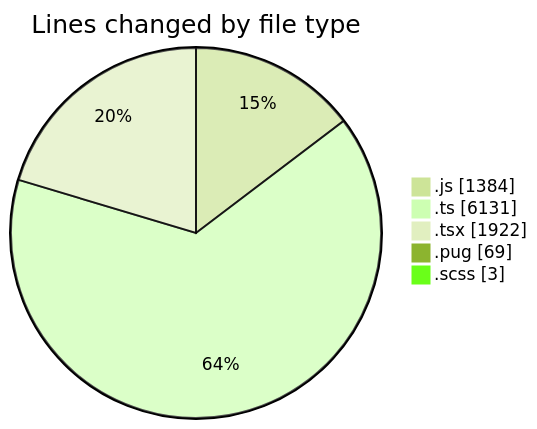
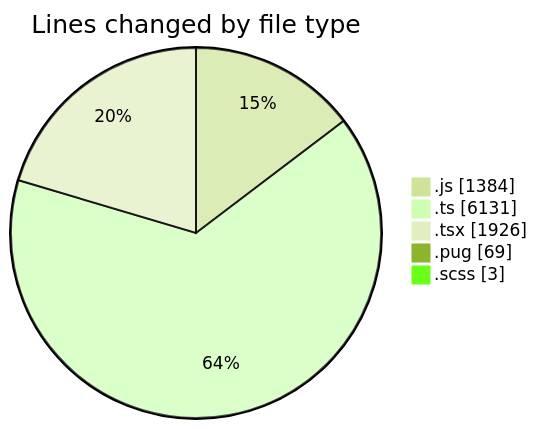
One commit to momahboobian/code-tracking changed the first of 2 diagrams in 2025-03-25/cda/README.md. Above: the diagram before and after it, drawn with Mermaid (forest theme). The commit also changed other lines of this file and 1 other file, not shown here.

````diff
--- a/2025-03-25/cda/README.md
+++ b/2025-03-25/cda/README.md
@@ -38,9 +38,9 @@
 ```mermaid
 pie showData
 title Lines changed by file type
 ".js" : 1384
 ".ts" : 6131
-".tsx" : 1922
+".tsx" : 1926
 ".pug" : 69
 ".scss" : 3
 ```
````
